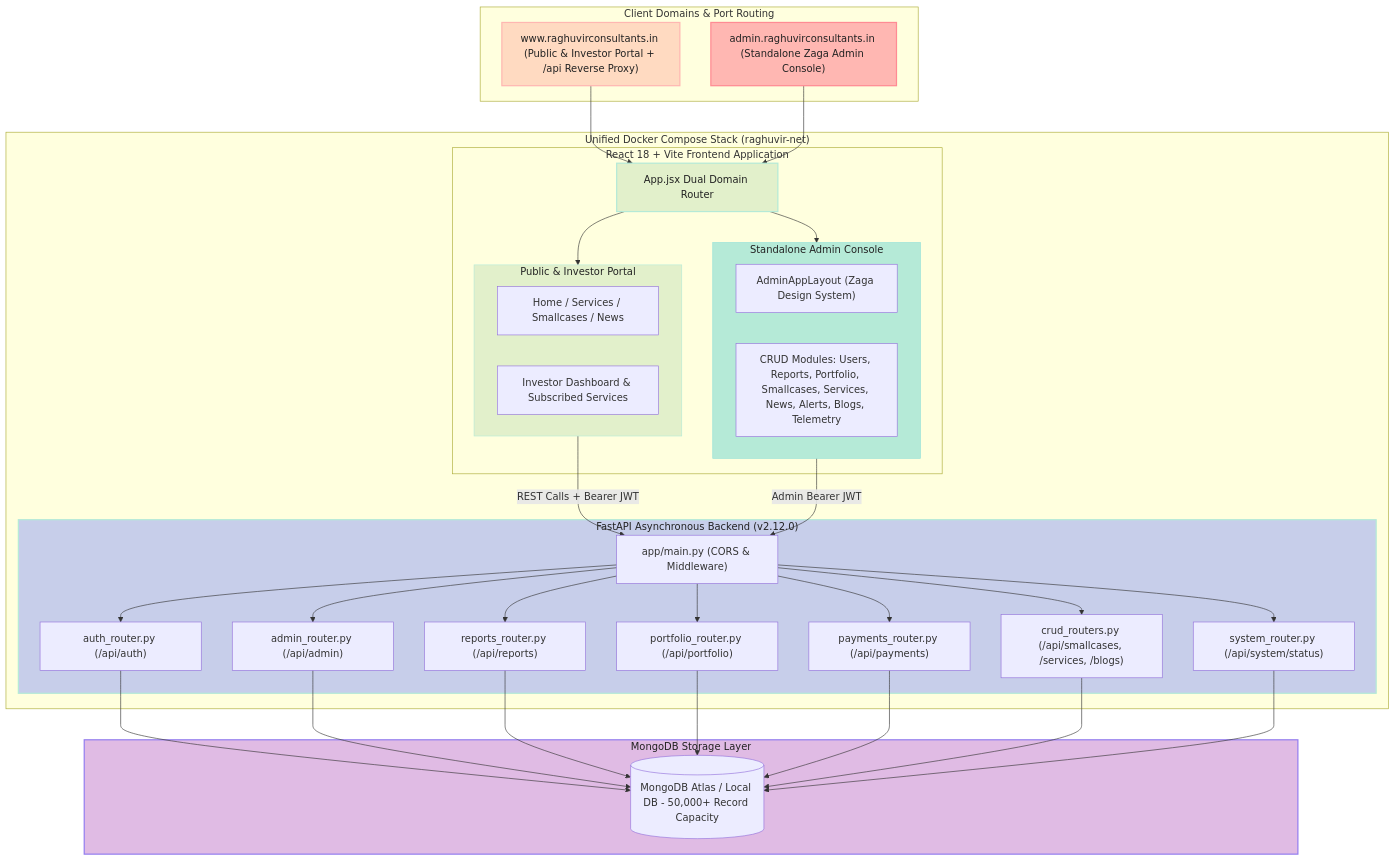
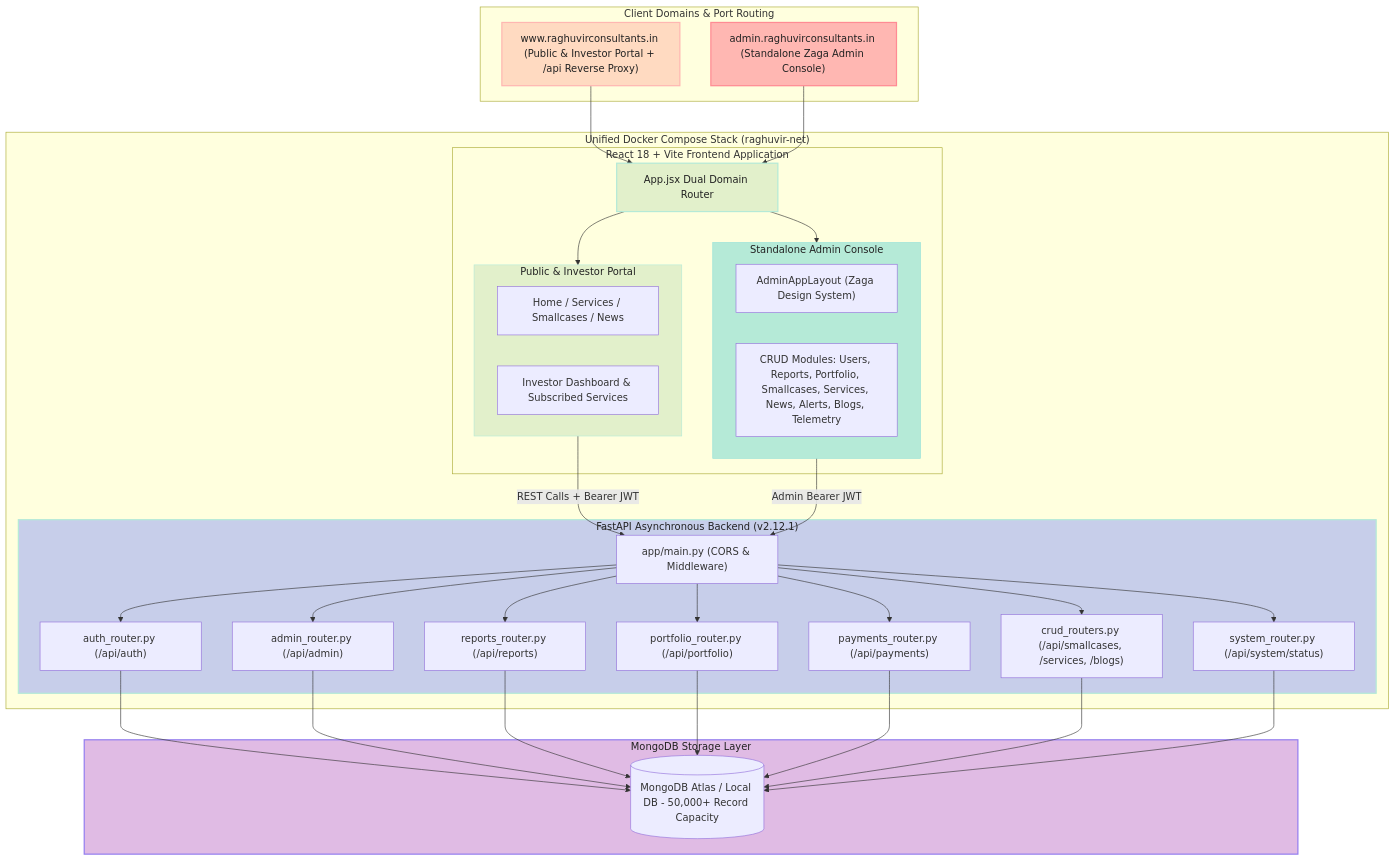
The first of 2 diagrams in backend/docs/ARCHITECTURE.md (tejasrsuthar/raghuvirconsultants-site), drawn with Mermaid before and after one commit. The commit also changed other lines of this file and 7 other files, not shown here.

````diff
--- a/backend/docs/ARCHITECTURE.md
+++ b/backend/docs/ARCHITECTURE.md
@@ -14,72 +14,72 @@
 ```mermaid
 graph TD
     subgraph ClientDomains["Client Domains & Port Routing"]
         PublicDomain["www.raghuvirconsultants.in (Public & Investor Portal + /api Reverse Proxy)"]
         AdminDomain["admin.raghuvirconsultants.in (Standalone Zaga Admin Console)"]
     end
 
     subgraph ComposeStack["Unified Docker Compose Stack (raghuvir-net)"]
         subgraph ReactFrontend["React 18 + Vite Frontend Application"]
             AppRouter["App.jsx Dual Domain Router"]
             
             subgraph PublicPortal["Public & Investor Portal"]
               PublicViews["Home / Services / Smallcases / News"]
               InvestorPortal["Investor Dashboard & Subscribed Services"]
             end
 
             subgraph ZagaAdmin["Standalone Admin Console"]
               AdminLayout["AdminAppLayout (Zaga Design System)"]
               AdminModules["CRUD Modules: Users, Reports, Portfolio, Smallcases, Services, News, Alerts, Blogs, Telemetry"]
             end
         end
 
-        subgraph FastAPIServer["FastAPI Asynchronous Backend (v2.12.0)"]
+        subgraph FastAPIServer["FastAPI Asynchronous Backend (v2.12.1)"]
             API["app/main.py (CORS & Middleware)"]
             AuthRouter["auth_router.py (/api/auth)"]
             AdminRouter["admin_router.py (/api/admin)"]
             ReportsRouter["reports_router.py (/api/reports)"]
             PortfolioRouter["portfolio_router.py (/api/portfolio)"]
             PaymentsRouter["payments_router.py (/api/payments)"]
             CRUDRouters["crud_routers.py (/api/smallcases, /services, /blogs)"]
             SystemRouter["system_router.py (/api/system/status)"]
         end
     end
 
     subgraph DataStore["MongoDB Storage Layer"]
         MongoDB[(MongoDB Atlas / Local DB - 50,000+ Record Capacity)]
     end
 
     PublicDomain --> AppRouter
     AdminDomain --> AppRouter
 
     AppRouter --> PublicPortal
     AppRouter --> ZagaAdmin
 
     PublicPortal -->|REST Calls + Bearer JWT| API
     ZagaAdmin -->|Admin Bearer JWT| API
 
     API --> AuthRouter
     API --> AdminRouter
     API --> ReportsRouter
     API --> PortfolioRouter
     API --> PaymentsRouter
     API --> CRUDRouters
     API --> SystemRouter
 
     AuthRouter --> MongoDB
     AdminRouter --> MongoDB
     ReportsRouter --> MongoDB
     PortfolioRouter --> MongoDB
     PaymentsRouter --> MongoDB
     CRUDRouters --> MongoDB
     SystemRouter --> MongoDB
 
     %% Pastel Color Palette Styling
     style PublicDomain fill:#FFDAC1,stroke:#FFB7B2,stroke-width:2px,color:#222;
     style AdminDomain fill:#FFB7B2,stroke:#FF8B94,stroke-width:2px,color:#222;
     style AppRouter fill:#E2F0CB,stroke:#B5EAD7,stroke-width:2px,color:#222;
     style PublicPortal fill:#E2F0CB,stroke:#B5EAD7,stroke-width:1px,color:#222;
     style ZagaAdmin fill:#B5EAD7,stroke:#93E1D8,stroke-width:1px,color:#222;
     style FastAPIServer fill:#C7CEEA,stroke:#B5EAD7,stroke-width:2px,color:#222;
     style DataStore fill:#E0BBE4,stroke:#957FEF,stroke-width:2px,color:#222;
 ```
````
